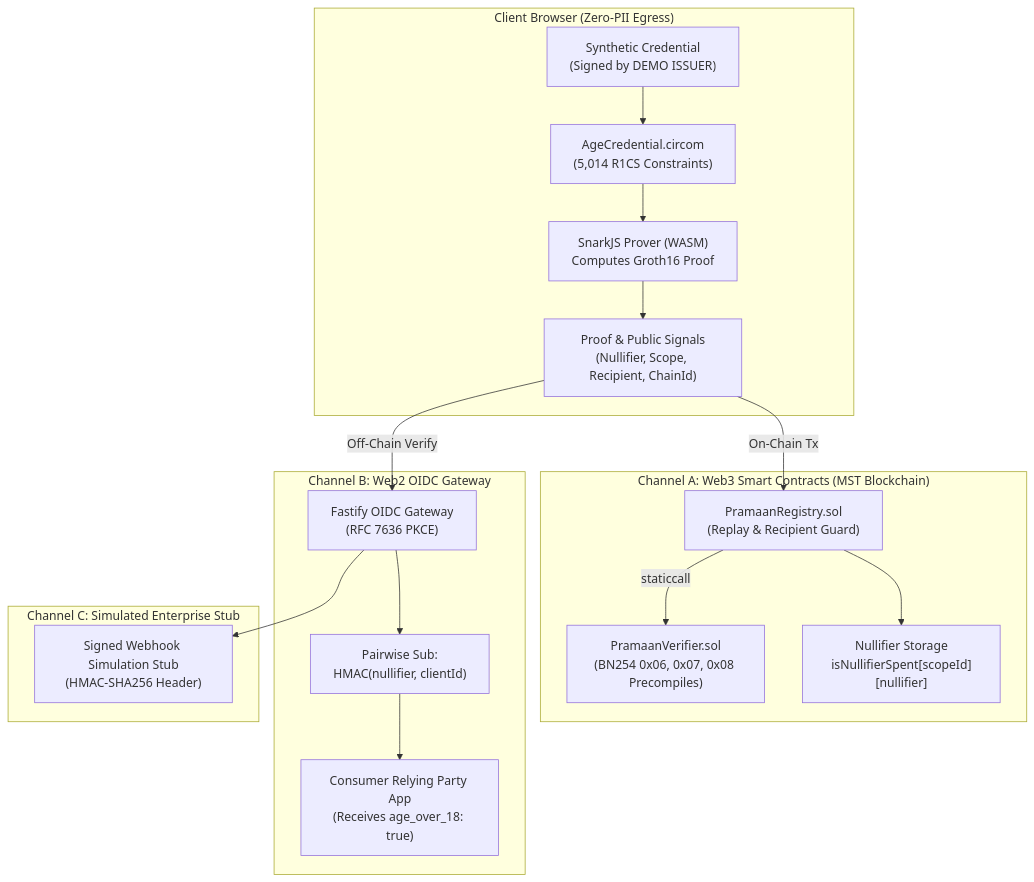
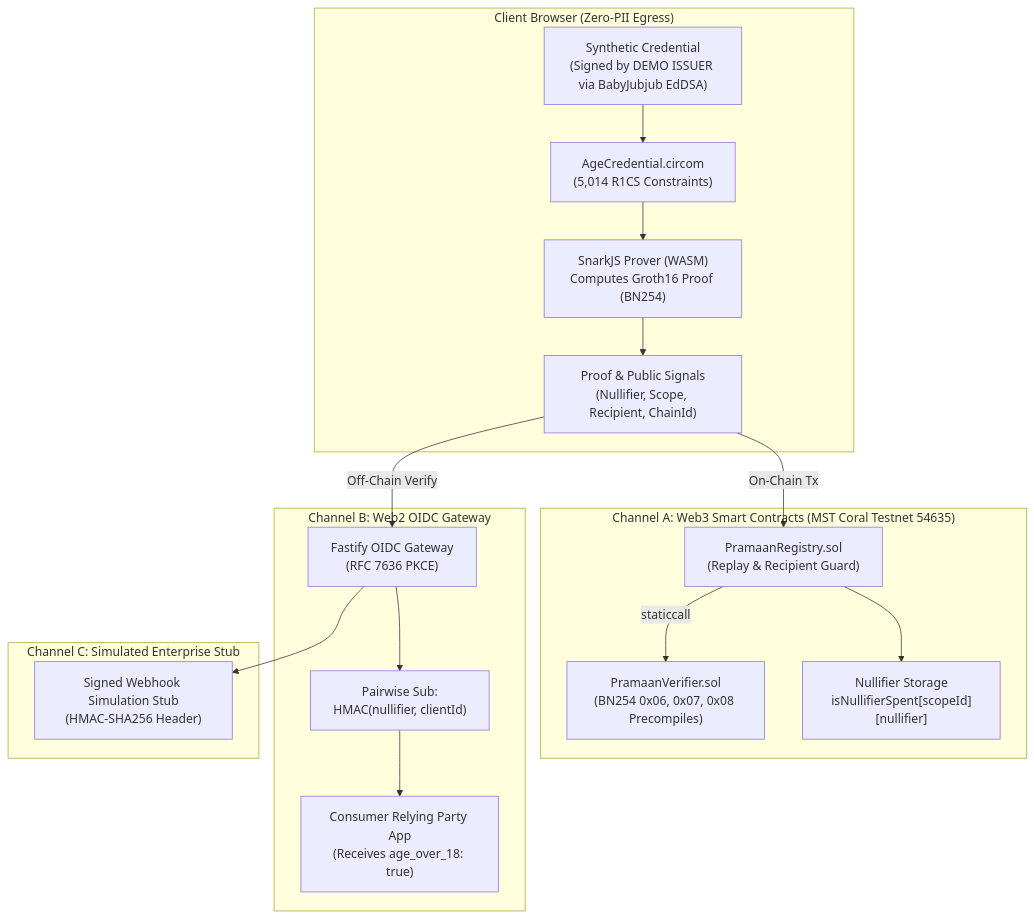
Before and after one commit to Shantanu112-bd/Zentity: the diagram in README.md, drawn with Mermaid. The commit also changed other lines of this file and 30 other files, not shown here.

Commit message:
feat(parity): implement database persistence, persistent indexer, signed webhooks, runtime entropy, and verify contracts on blockscout

````diff
--- a/README.md
+++ b/README.md
@@ -21,24 +21,24 @@
 ```mermaid
 flowchart TD
     subgraph Client["Client Browser (Zero-PII Egress)"]
-        A["Synthetic Credential\n(Signed by DEMO ISSUER)"] --> B["AgeCredential.circom\n(5,014 R1CS Constraints)"]
-        B --> C["SnarkJS Prover (WASM)\nComputes Groth16 Proof"]
+        A["Synthetic Credential\n(Signed by DEMO ISSUER via BabyJubjub EdDSA)"] --> B["AgeCredential.circom\n(5,014 R1CS Constraints)"]
+        B --> C["SnarkJS Prover (WASM)\nComputes Groth16 Proof (BN254)"]
         C --> D["Proof & Public Signals\n(Nullifier, Scope, Recipient, ChainId)"]
     end
 
-    subgraph ChannelA["Channel A: Web3 Smart Contracts (MST Blockchain)"]
+    subgraph ChannelA["Channel A: Web3 Smart Contracts (MST Coral Testnet 54635)"]
         D -->|On-Chain Tx| E["PramaanRegistry.sol\n(Replay & Recipient Guard)"]
         E -->|staticcall| F["PramaanVerifier.sol\n(BN254 0x06, 0x07, 0x08 Precompiles)"]
         E --> G["Nullifier Storage\nisNullifierSpent[scopeId][nullifier]"]
     end
 
     subgraph ChannelB["Channel B: Web2 OIDC Gateway"]
         D -->|Off-Chain Verify| H["Fastify OIDC Gateway\n(RFC 7636 PKCE)"]
         H --> I["Pairwise Sub:\nHMAC(nullifier, clientId)"]
         I --> J["Consumer Relying Party App\n(Receives age_over_18: true)"]
     end
 
     subgraph ChannelC["Channel C: Simulated Enterprise Stub"]
         H --> K["Signed Webhook Simulation Stub\n(HMAC-SHA256 Header)"]
     end
 ```
````
